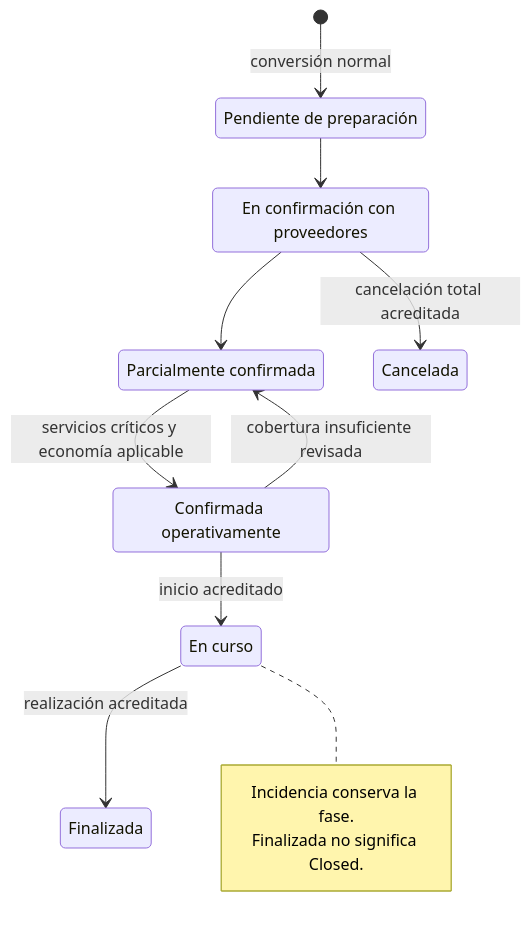
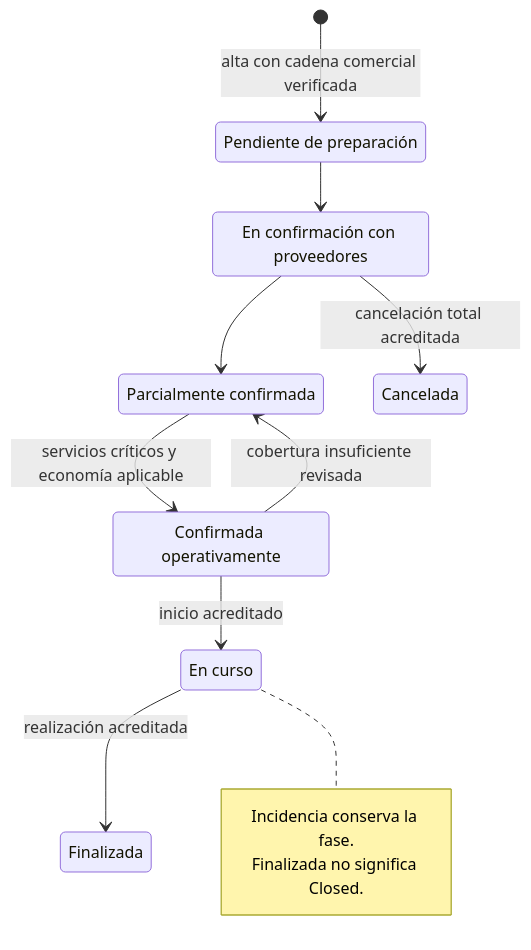
The second of 6 diagrams in docs/state-machines.md (IAndresB/crm-huescaventura-os), drawn with Mermaid before and after one commit. The commit also changed other lines of this file and 3 other files, not shown here.

````diff
--- a/docs/state-machines.md
+++ b/docs/state-machines.md
@@ -185,20 +193,20 @@
 ```mermaid
 stateDiagram-v2
     state "Pendiente de preparación" as Pendiente
     state "En confirmación con proveedores" as Preparacion
     state "Parcialmente confirmada" as Parcial
     state "Confirmada operativamente" as Confirmada
     state "En curso" as Curso
-    [*] --> Pendiente: conversión normal
+    [*] --> Pendiente: alta con cadena comercial verificada
     Pendiente --> Preparacion
     Preparacion --> Parcial
     Parcial --> Confirmada: servicios críticos y economía aplicable
     Confirmada --> Parcial: cobertura insuficiente revisada
     Confirmada --> Curso: inicio acreditado
     Curso --> Finalizada: realización acreditada
     Preparacion --> Cancelada: cancelación total acreditada
     note right of Curso
         Incidencia conserva la fase.
         Finalizada no significa Closed.
     end note
 ```
````
